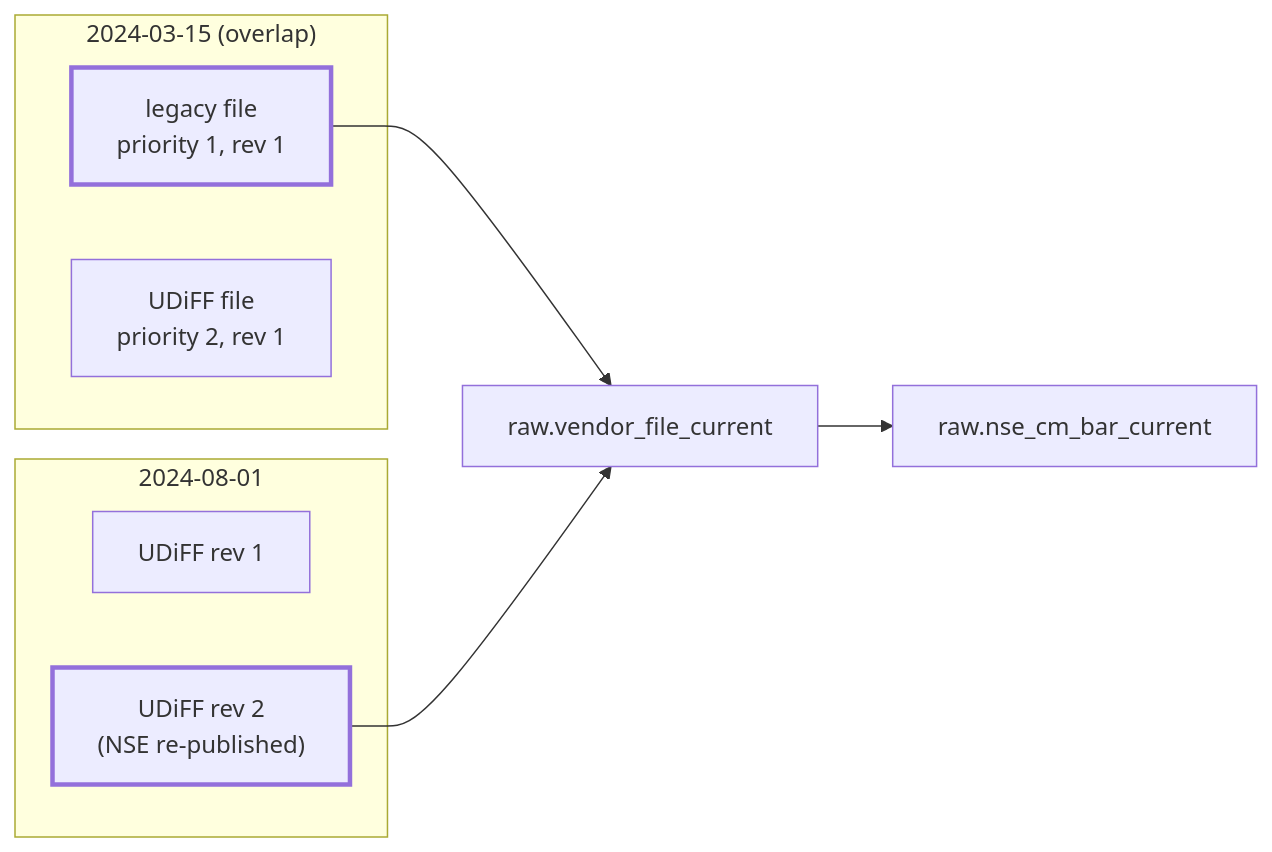
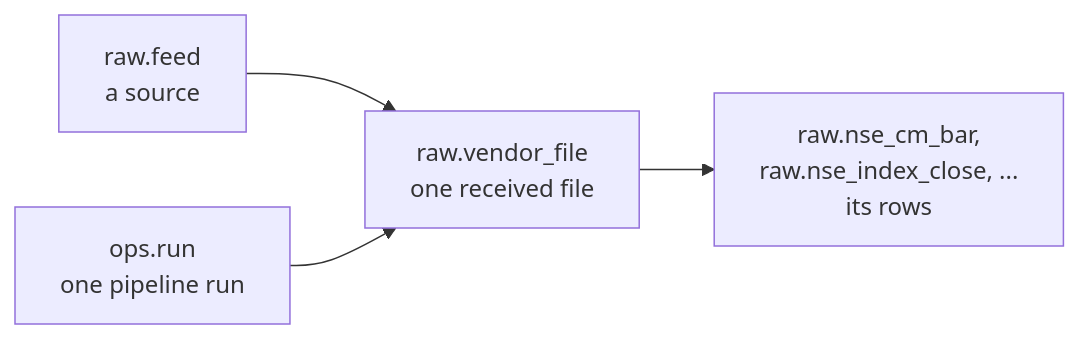
Before and after one commit to arush-patel/cagr-data-platform: the diagram in docs/data-model/database.md, drawn with Mermaid. The commit also changed other lines of this file and 9 other files, not shown here.

````diff
--- a/docs/data-model/database.md
+++ b/docs/data-model/database.md
@@ -310,15 +19,6 @@
 ```mermaid
 flowchart LR
-    subgraph d["2024-03-15 (overlap)"]
-        L1["legacy file<br/>priority 1, rev 1"]:::pick
-        U1["UDiFF file<br/>priority 2, rev 1"]
-    end
-    subgraph e["2024-08-01"]
-        U2["UDiFF rev 1"]
-        U3["UDiFF rev 2<br/>(NSE re-published)"]:::pick
-    end
-    L1 --> cur["raw.vendor_file_current"]
-    U3 --> cur
-    cur --> bars["raw.nse_cm_bar_current"]
-    classDef pick stroke-width:3px
+    feed["raw.feed<br/>a source"] --> file["raw.vendor_file<br/>one received file"]
+    run["ops.run<br/>one pipeline run"] --> file
+    file --> rows["raw.nse_cm_bar,<br/>raw.nse_index_close, ...<br/>its rows"]
 ```
````
